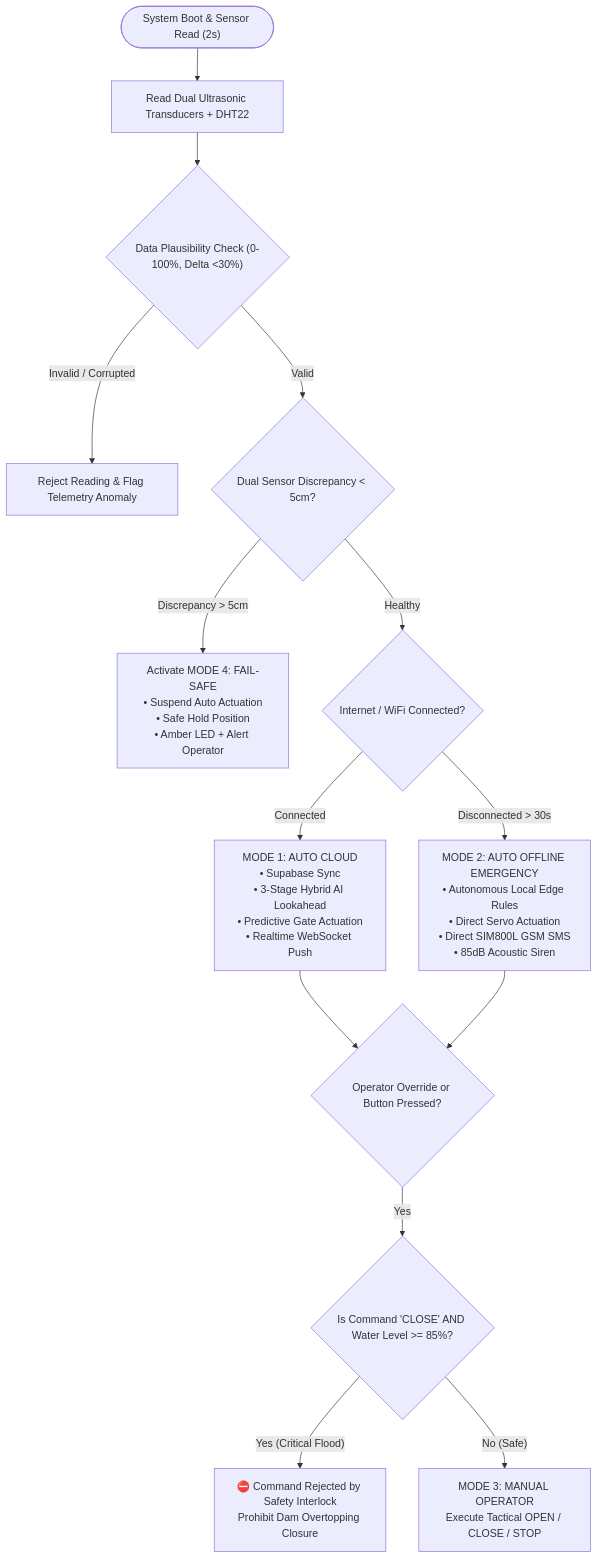
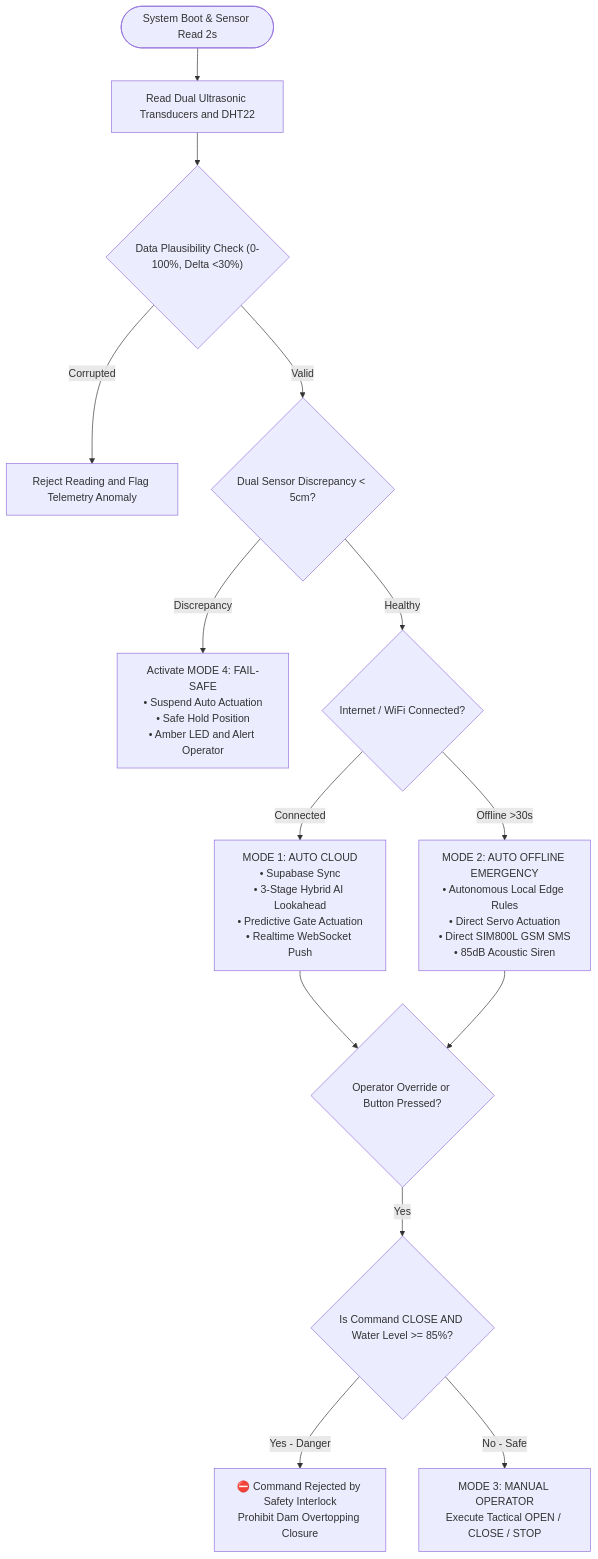
Before and after one commit to AdrianDias2023/SDAS_PROJECT: the third of 3 diagrams in SDAS_Full_Project/05_Documentation/complete_engineering_blueprints.md, drawn with Mermaid. The commit also changed other lines of this file and 1 other file, not shown here.

Commit message:
fix(docs): fix Mermaid diagram syntax errors in README.md and complete_engineering_blueprints.md for GitHub rich display rendering

````diff
--- a/SDAS_Full_Project/05_Documentation/complete_engineering_blueprints.md
+++ b/SDAS_Full_Project/05_Documentation/complete_engineering_blueprints.md
@@ -226,24 +226,24 @@
 ```mermaid
 flowchart TD
-    START(["System Boot & Sensor Read (2s)"]) --> SENSORS["Read Dual Ultrasonic Transducers + DHT22"]
+    START(["System Boot & Sensor Read 2s"]) --> SENSORS["Read Dual Ultrasonic Transducers and DHT22"]
     SENSORS --> DATA_CHECK{"Data Plausibility Check (0-100%, Delta <30%)"}
     
-    DATA_CHECK -- Invalid / Corrupted --> REJECT["Reject Reading & Flag Telemetry Anomaly"]
-    DATA_CHECK -- Valid --> SENSOR_HEALTH{"Dual Sensor Discrepancy < 5cm?"}
+    DATA_CHECK -->|Corrupted| REJECT["Reject Reading and Flag Telemetry Anomaly"]
+    DATA_CHECK -->|Valid| SENSOR_HEALTH{"Dual Sensor Discrepancy < 5cm?"}
     
-    SENSOR_HEALTH -- Discrepancy > 5cm --> FAIL_SAFE["Activate MODE 4: FAIL-SAFE<br/>• Suspend Auto Actuation<br/>• Safe Hold Position<br/>• Amber LED + Alert Operator"]
+    SENSOR_HEALTH -->|Discrepancy| FAIL_SAFE["Activate MODE 4: FAIL-SAFE<br/>• Suspend Auto Actuation<br/>• Safe Hold Position<br/>• Amber LED and Alert Operator"]
     
-    SENSOR_HEALTH -- Healthy --> NET_CHECK{"Internet / WiFi Connected?"}
+    SENSOR_HEALTH -->|Healthy| NET_CHECK{"Internet / WiFi Connected?"}
     
-    NET_CHECK -- Connected --> MODE1["MODE 1: AUTO CLOUD<br/>• Supabase Sync<br/>• 3-Stage Hybrid AI Lookahead<br/>• Predictive Gate Actuation<br/>• Realtime WebSocket Push"]
+    NET_CHECK -->|Connected| MODE1["MODE 1: AUTO CLOUD<br/>• Supabase Sync<br/>• 3-Stage Hybrid AI Lookahead<br/>• Predictive Gate Actuation<br/>• Realtime WebSocket Push"]
     
-    NET_CHECK -- Disconnected > 30s --> MODE2["MODE 2: AUTO OFFLINE EMERGENCY<br/>• Autonomous Local Edge Rules<br/>• Direct Servo Actuation<br/>• Direct SIM800L GSM SMS<br/>• 85dB Acoustic Siren"]
+    NET_CHECK -->|Offline >30s| MODE2["MODE 2: AUTO OFFLINE EMERGENCY<br/>• Autonomous Local Edge Rules<br/>• Direct Servo Actuation<br/>• Direct SIM800L GSM SMS<br/>• 85dB Acoustic Siren"]
     
     MODE1 --> MANUAL_CHECK{"Operator Override or Button Pressed?"}
     MODE2 --> MANUAL_CHECK
     
-    MANUAL_CHECK -- Yes --> INTERLOCK{"Is Command 'CLOSE' AND Water Level >= 85%?"}
+    MANUAL_CHECK -->|Yes| INTERLOCK{"Is Command CLOSE AND Water Level >= 85%?"}
     
-    INTERLOCK -- Yes (Critical Flood) --> REJECT_CMD["⛔ Command Rejected by Safety Interlock<br/>Prohibit Dam Overtopping Closure"]
-    INTERLOCK -- No (Safe) --> MODE3["MODE 3: MANUAL OPERATOR<br/>Execute Tactical OPEN / CLOSE / STOP"]
+    INTERLOCK -->|Yes - Danger| REJECT_CMD["⛔ Command Rejected by Safety Interlock<br/>Prohibit Dam Overtopping Closure"]
+    INTERLOCK -->|No - Safe| MODE3["MODE 3: MANUAL OPERATOR<br/>Execute Tactical OPEN / CLOSE / STOP"]
 ```
````
